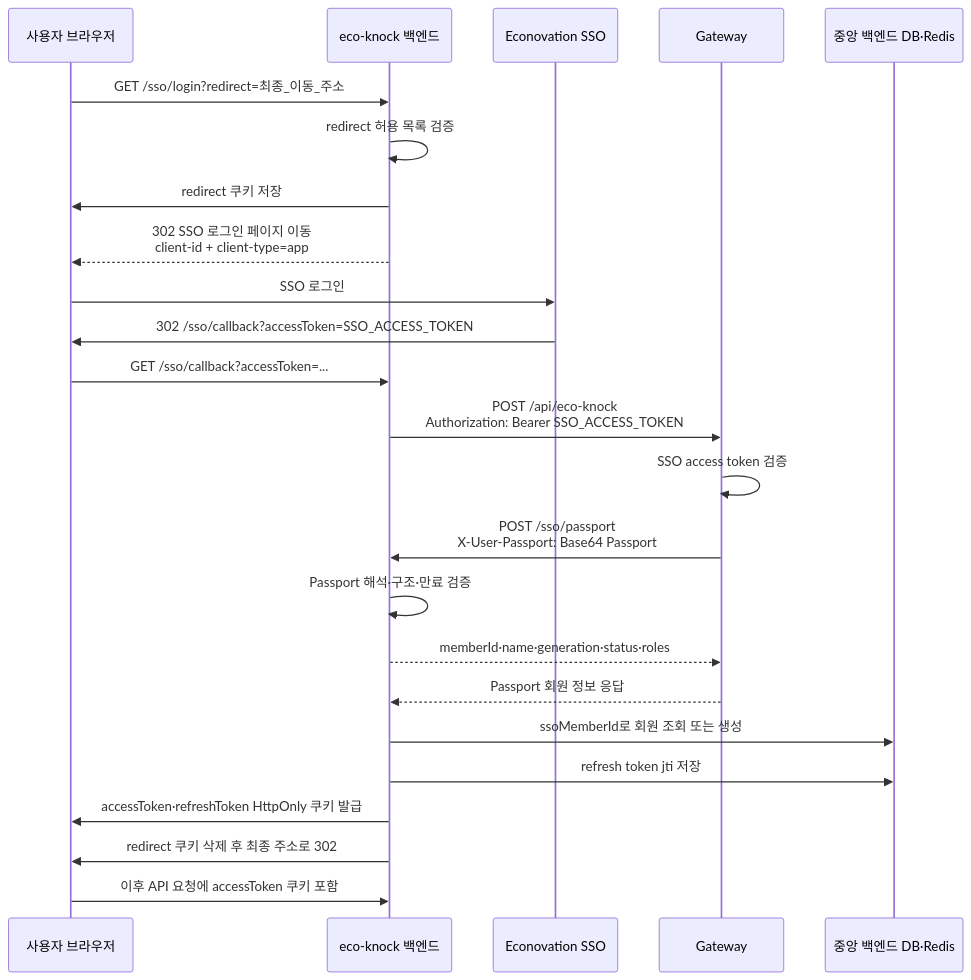
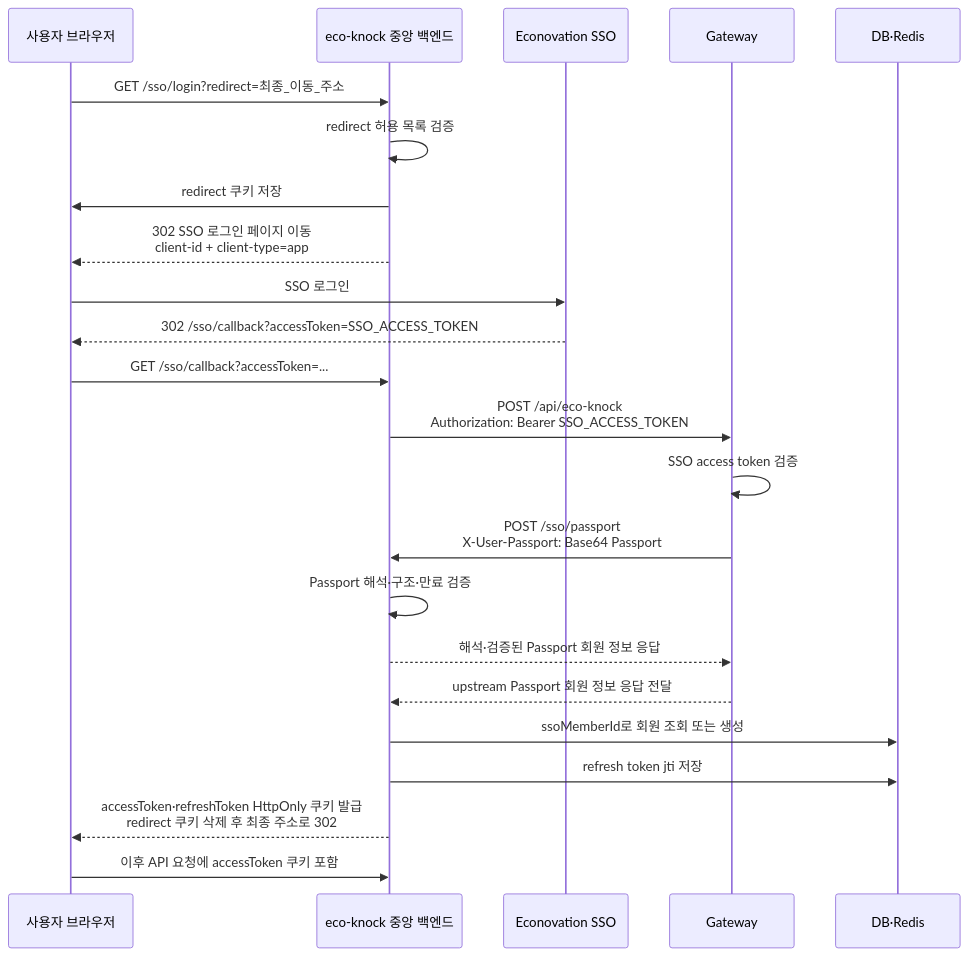
Before and after one commit to rdme0/eco-knock-be-central: the fourth of 4 diagrams in README.md, drawn with Mermaid. The commit also changed other lines of this file, not shown here.

Commit message:
:memo: Docs: README.md 업데이트

````diff
--- a/README.md
+++ b/README.md
@@ -486,30 +486,29 @@
 ```mermaid
 sequenceDiagram
     participant U as 사용자 브라우저
-    participant B as eco-knock 백엔드
+    participant B as eco-knock 중앙 백엔드
     participant S as Econovation SSO
     participant G as Gateway
-    participant D as 중앙 백엔드 DB·Redis
+    participant D as DB·Redis
 
     U->>B: GET /sso/login?redirect=최종_이동_주소
     B->>B: redirect 허용 목록 검증
     B->>U: redirect 쿠키 저장
     B-->>U: 302 SSO 로그인 페이지 이동<br/>client-id + client-type=app
 
     U->>S: SSO 로그인
-    S->>U: 302 /sso/callback?accessToken=SSO_ACCESS_TOKEN
+    S-->>U: 302 /sso/callback?accessToken=SSO_ACCESS_TOKEN
     U->>B: GET /sso/callback?accessToken=...
 
     B->>G: POST /api/eco-knock<br/>Authorization: Bearer SSO_ACCESS_TOKEN
     G->>G: SSO access token 검증
     G->>B: POST /sso/passport<br/>X-User-Passport: Base64 Passport
     B->>B: Passport 해석·구조·만료 검증
-    B-->>G: memberId·name·generation·status·roles
-    G-->>B: Passport 회원 정보 응답
+    B-->>G: 해석·검증된 Passport 회원 정보 응답
+    G-->>B: upstream Passport 회원 정보 응답 전달
 
     B->>D: ssoMemberId로 회원 조회 또는 생성
     B->>D: refresh token jti 저장
-    B->>U: accessToken·refreshToken HttpOnly 쿠키 발급
-    B->>U: redirect 쿠키 삭제 후 최종 주소로 302
+    B-->>U: accessToken·refreshToken HttpOnly 쿠키 발급<br/>redirect 쿠키 삭제 후 최종 주소로 302
     U->>B: 이후 API 요청에 accessToken 쿠키 포함
 ```
````
